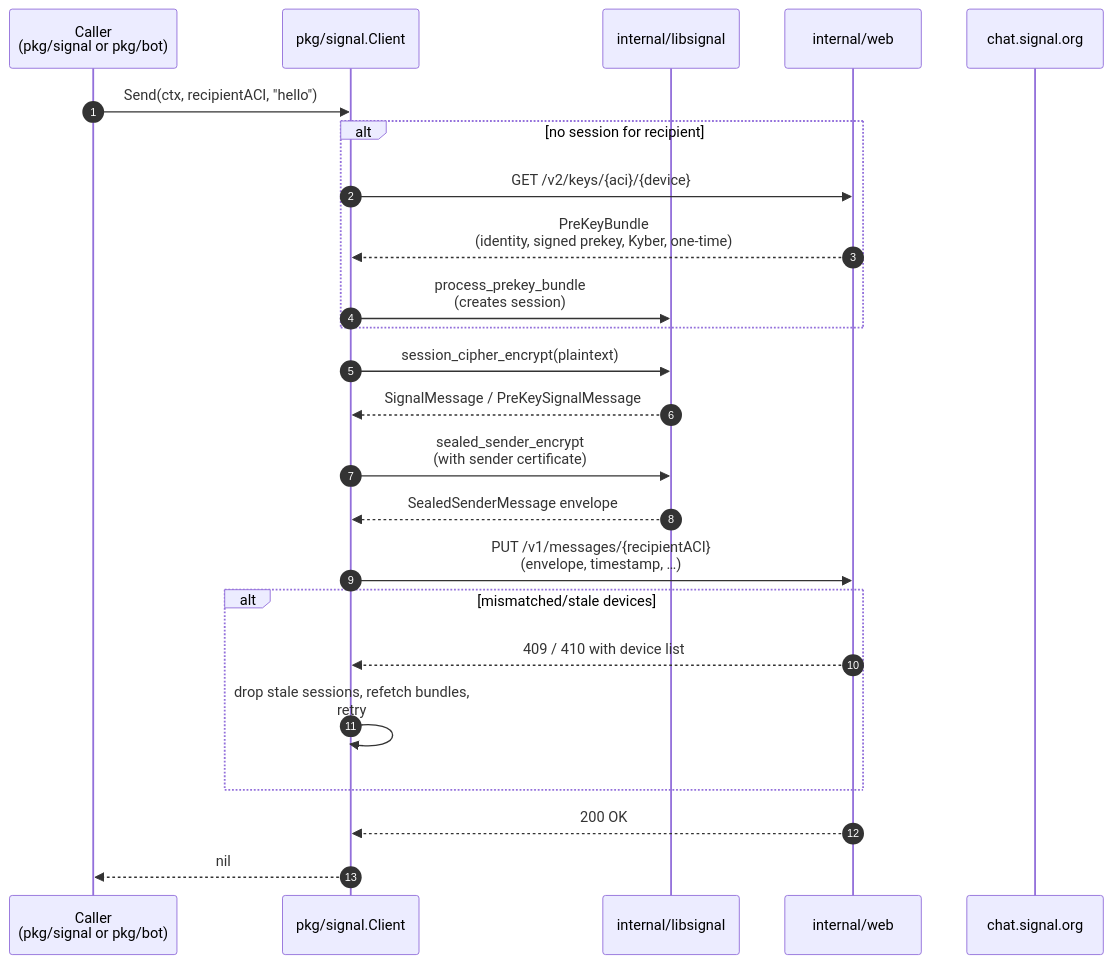
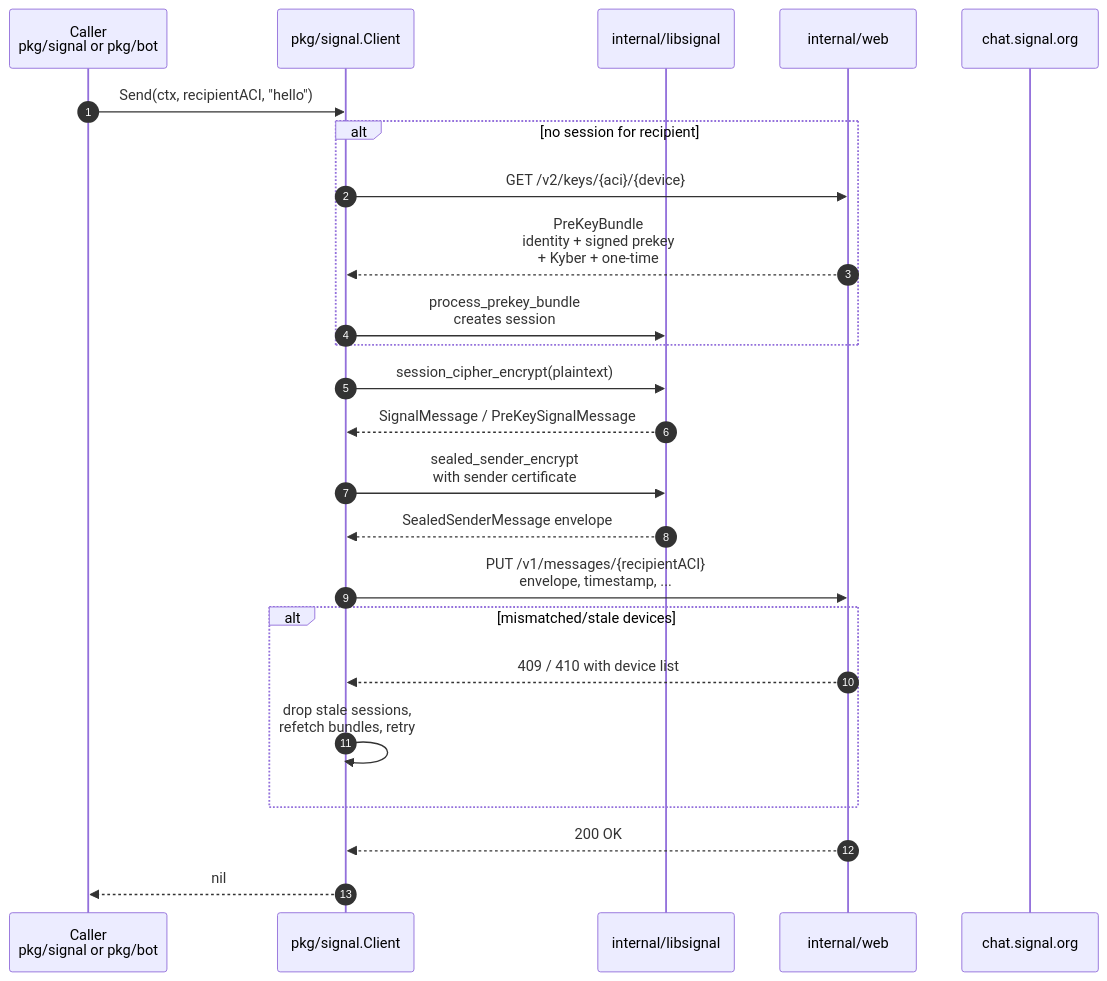
One commit to thehappydinoa/signal-go changed the diagram in docs/diagrams/send-flow.md. Above: the diagram before and after it, drawn with Mermaid. The commit also changed 5 other files, not shown here.

First line of the commit message:
docs: rewrite Mermaid diagrams with conservative, GitHub-safe syntax

````diff
--- a/docs/diagrams/send-flow.md
+++ b/docs/diagrams/send-flow.md
@@ -7,27 +7,27 @@
 ```mermaid
 sequenceDiagram
     autonumber
-    participant App as Caller<br/>(pkg/signal or pkg/bot)
+    participant App as Caller<br/>pkg/signal or pkg/bot
     participant Sig as pkg/signal.Client
     participant LS as internal/libsignal
     participant Web as internal/web
     participant Srv as chat.signal.org
 
     App->>Sig: Send(ctx, recipientACI, "hello")
     alt no session for recipient
         Sig->>Web: GET /v2/keys/{aci}/{device}
-        Web-->>Sig: PreKeyBundle<br/>(identity, signed prekey, Kyber, one-time)
-        Sig->>LS: process_prekey_bundle<br/>(creates session)
+        Web-->>Sig: PreKeyBundle<br/>identity + signed prekey<br/>+ Kyber + one-time
+        Sig->>LS: process_prekey_bundle<br/>creates session
     end
     Sig->>LS: session_cipher_encrypt(plaintext)
     LS-->>Sig: SignalMessage / PreKeySignalMessage
-    Sig->>LS: sealed_sender_encrypt<br/>(with sender certificate)
+    Sig->>LS: sealed_sender_encrypt<br/>with sender certificate
     LS-->>Sig: SealedSenderMessage envelope
-    Sig->>Web: PUT /v1/messages/{recipientACI}<br/>(envelope, timestamp, …)
+    Sig->>Web: PUT /v1/messages/{recipientACI}<br/>envelope, timestamp, ...
     alt mismatched/stale devices
         Web-->>Sig: 409 / 410 with device list
-        Sig->>Sig: drop stale sessions, refetch bundles,<br/>retry
+        Sig->>Sig: drop stale sessions,<br/>refetch bundles, retry
     end
     Web-->>Sig: 200 OK
     Sig-->>App: nil
 ```
````
